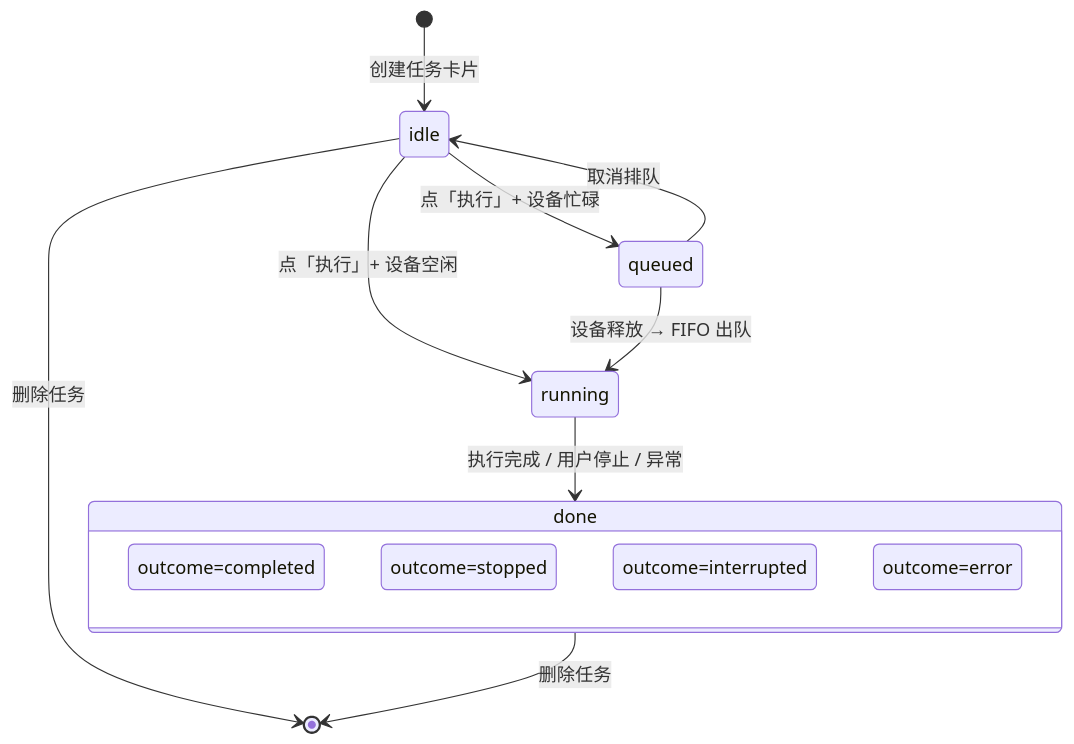
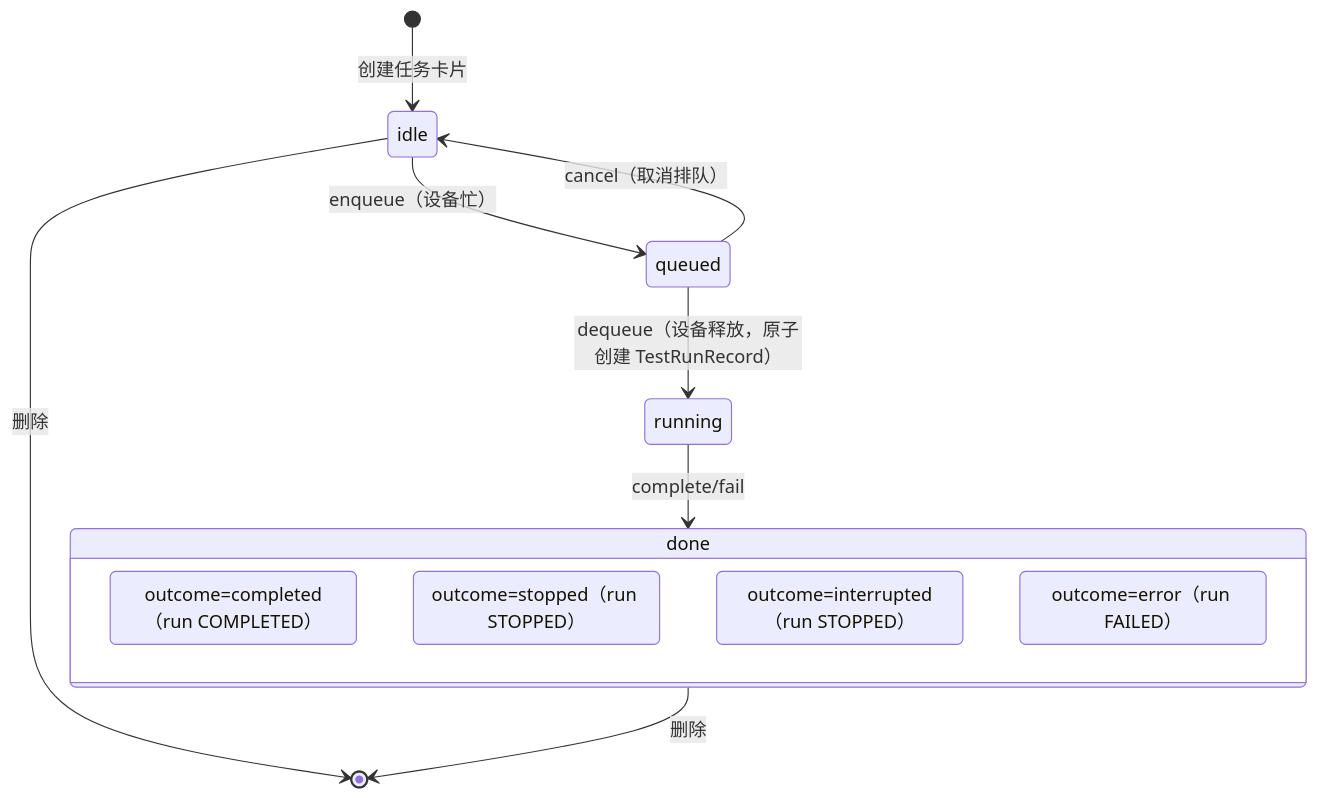
One commit to Kahoku-lazy/Android-AutoTests changed the sixth of 6 diagrams in dev_docs/03-设计与架构/ARCH-06-执行引擎.md. Above: the diagram before and after it, drawn with Mermaid. The commit also changed other lines of this file and 53 other files, not shown here.

````diff
--- a/dev_docs/03-设计与架构/ARCH-06-执行引擎.md
+++ b/dev_docs/03-设计与架构/ARCH-06-执行引擎.md
@@ -217,22 +403,16 @@
 ```mermaid
 stateDiagram-v2
     [*] --> idle: 创建任务卡片
-
-    idle --> running: 点「执行」+ 设备空闲
-    idle --> queued: 点「执行」+ 设备忙碌
-
-    queued --> idle: 取消排队
-    queued --> running: 设备释放 → FIFO 出队
-
-    running --> done: 执行完成 / 用户停止 / 异常
-
+    idle --> queued: enqueue（设备忙）
+    queued --> idle: cancel（取消排队）
+    queued --> running: dequeue（设备释放，原子创建 TestRunRecord）
+    running --> done: complete/fail
     state done {
-        completed: outcome=completed
-        stopped: outcome=stopped
-        interrupted: outcome=interrupted
-        error: outcome=error
+        completed: outcome=completed（run COMPLETED）
+        stopped: outcome=stopped（run STOPPED）
+        interrupted: outcome=interrupted（run STOPPED）
+        error: outcome=error（run FAILED）
     }
-
-    idle --> [*]: 删除任务
-    done --> [*]: 删除任务
+    idle --> [*]: 删除
+    done --> [*]: 删除
 ```
````
